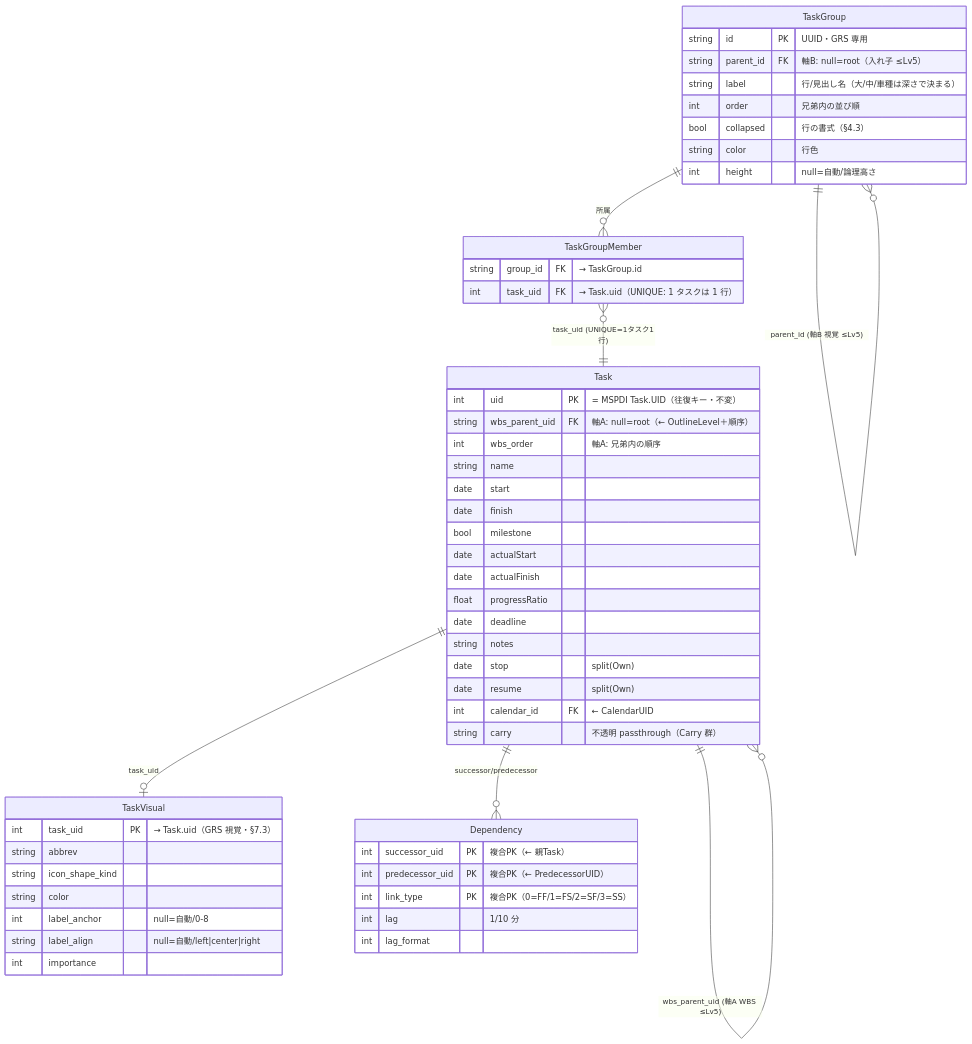
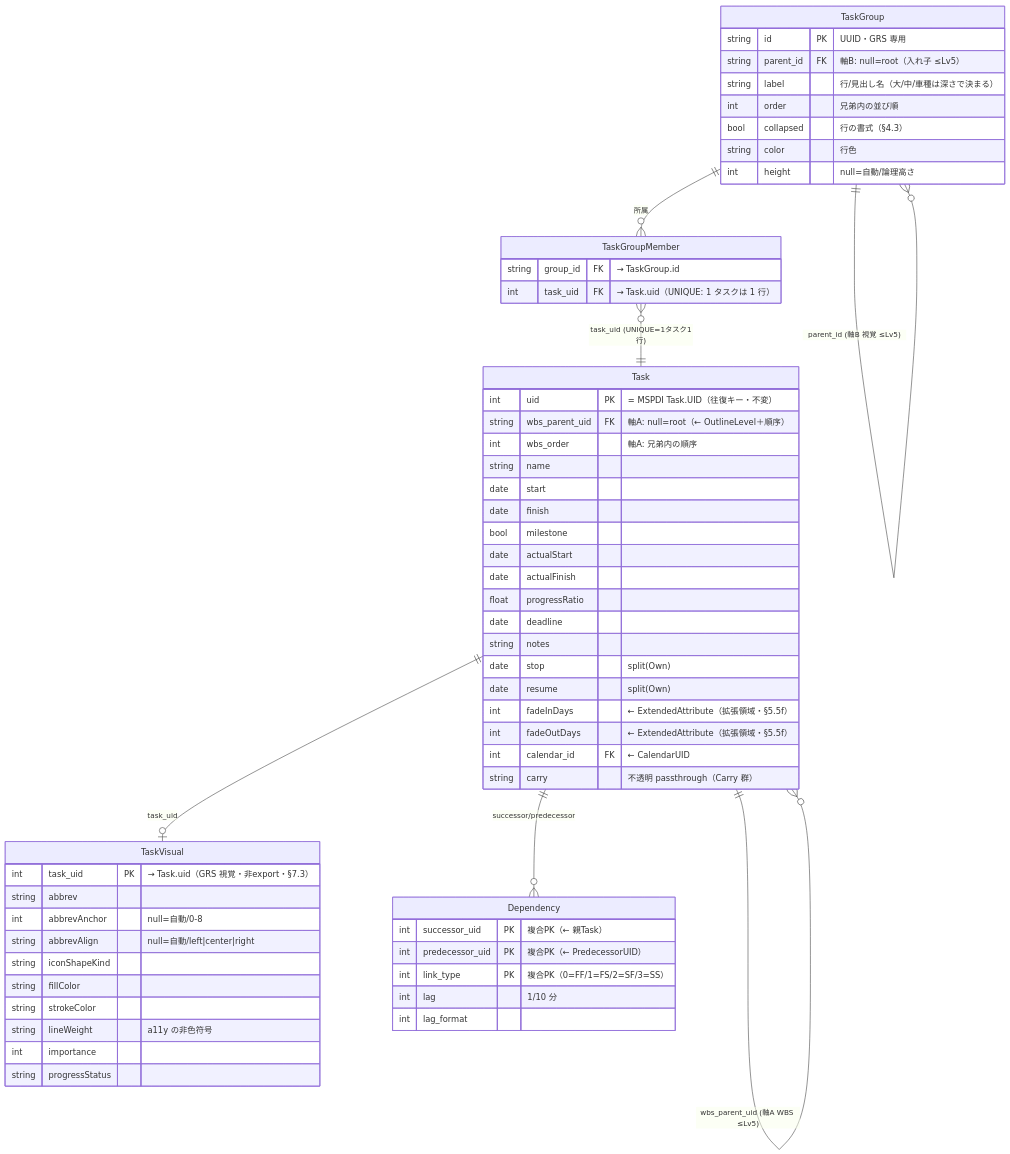
The second of 2 diagrams in docs/spec/_assets/grs-data-model-ja.md (GoodRelax/gr-scheduler), drawn with Mermaid before and after one commit. The commit also changed other lines of this file and 5 other files, not shown here.

````diff
--- a/docs/spec/_assets/grs-data-model-ja.md
+++ b/docs/spec/_assets/grs-data-model-ja.md
@@ -33,57 +33,62 @@
 ```mermaid
 erDiagram
     Task ||--o{ Task : "wbs_parent_uid (軸A WBS ≤Lv5)"
     TaskGroup ||--o{ TaskGroup : "parent_id (軸B 視覚 ≤Lv5)"
     TaskGroup ||--o{ TaskGroupMember : "所属"
     TaskGroupMember }o--|| Task : "task_uid (UNIQUE=1タスク1行)"
     Task ||--o| TaskVisual : "task_uid"
     Task ||--o{ Dependency : "successor/predecessor"
 
     Task {
         int uid PK "= MSPDI Task.UID（往復キー・不変）"
         string wbs_parent_uid FK "軸A: null=root（← OutlineLevel＋順序）"
         int wbs_order "軸A: 兄弟内の順序"
         string name
         date start
         date finish
         bool milestone
         date actualStart
         date actualFinish
         float progressRatio
         date deadline
         string notes
         date stop "split(Own)"
         date resume "split(Own)"
+        int fadeInDays "← ExtendedAttribute（拡張領域・§5.5f）"
+        int fadeOutDays "← ExtendedAttribute（拡張領域・§5.5f）"
         int calendar_id FK "← CalendarUID"
         string carry "不透明 passthrough（Carry 群）"
     }
     TaskGroup {
         string id PK "UUID・GRS 専用"
         string parent_id FK "軸B: null=root（入れ子 ≤Lv5）"
         string label "行/見出し名（大/中/車種は深さで決まる）"
         int order "兄弟内の並び順"
         bool collapsed "行の書式（§4.3）"
         string color "行色"
         int height "null=自動/論理高さ"
     }
     TaskGroupMember {
         string group_id FK "→ TaskGroup.id"
         int task_uid FK "→ Task.uid（UNIQUE: 1 タスクは 1 行）"
     }
     TaskVisual {
-        int task_uid PK "→ Task.uid（GRS 視覚・§7.3）"
+        int task_uid PK "→ Task.uid（GRS 視覚・非export・§7.3）"
         string abbrev
-        string icon_shape_kind
-        string color
-        int label_anchor "null=自動/0-8"
-        string label_align "null=自動/left|center|right"
+        int abbrevAnchor "null=自動/0-8"
+        string abbrevAlign "null=自動/left|center|right"
+        string iconShapeKind
+        string fillColor
+        string strokeColor
+        string lineWeight "a11y の非色符号"
         int importance
+        string progressStatus
     }
     Dependency {
         int successor_uid PK "複合PK（← 親Task）"
         int predecessor_uid PK "複合PK（← PredecessorUID）"
         int link_type PK "複合PK（0=FF/1=FS/2=SF/3=SS）"
         int lag "1/10 分"
         int lag_format
     }
 ```
````
